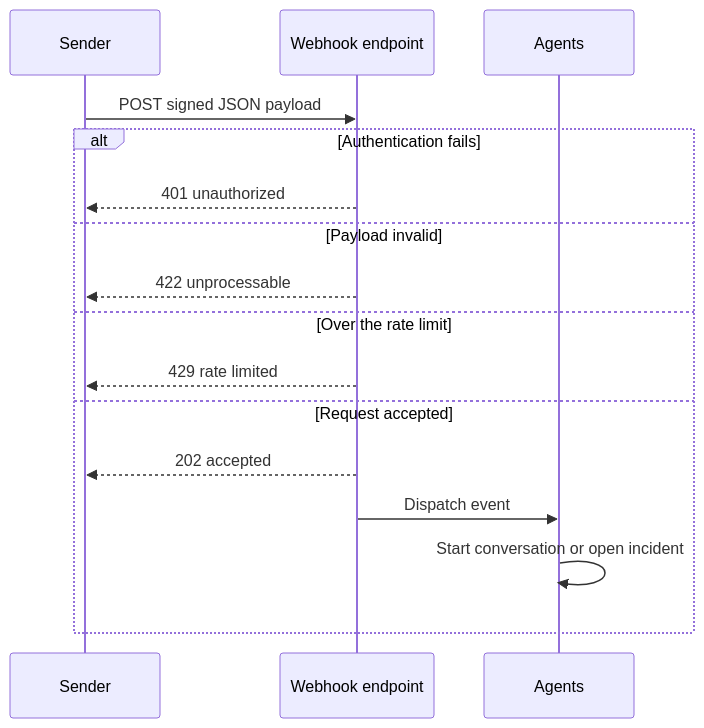
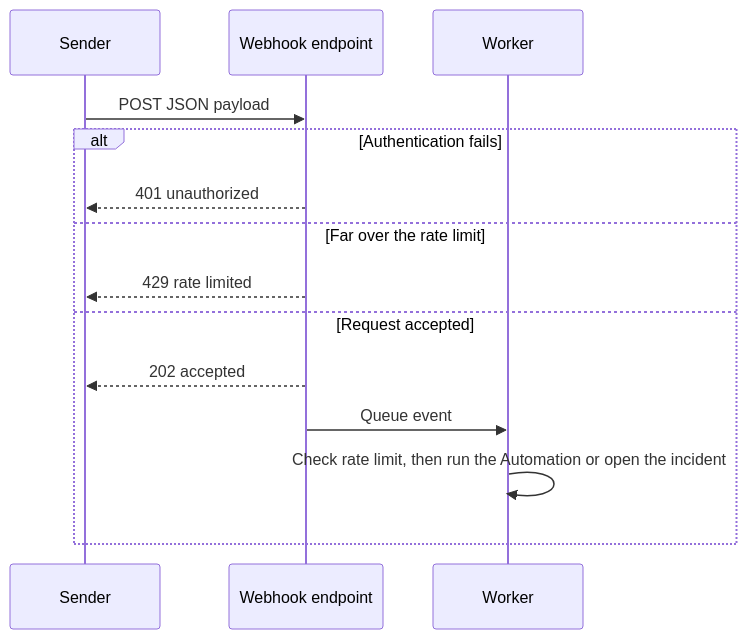
One commit to nhat-tranvan/docs changed the diagram in guide/webhooks/overview.mdx. Above: the diagram before and after it, drawn with Mermaid. The commit also changed other lines of this file and 110 other files, not shown here.

````diff
--- a/guide/webhooks/overview.mdx
+++ b/guide/webhooks/overview.mdx
@@ -26,18 +34,16 @@
 ```mermaid
 sequenceDiagram
     participant Sender
     participant Webhook as Webhook endpoint
-    participant Agents
-    Sender->>Webhook: POST signed JSON payload
+    participant Worker
+    Sender->>Webhook: POST JSON payload
     alt Authentication fails
         Webhook-->>Sender: 401 unauthorized
-    else Payload invalid
-        Webhook-->>Sender: 422 unprocessable
-    else Over the rate limit
+    else Far over the rate limit
         Webhook-->>Sender: 429 rate limited
     else Request accepted
         Webhook-->>Sender: 202 accepted
-        Webhook->>Agents: Dispatch event
-        Agents->>Agents: Start conversation or open incident
+        Webhook->>Worker: Queue event
+        Worker->>Worker: Check rate limit, then run the Automation or open the incident
     end
 ```
````
